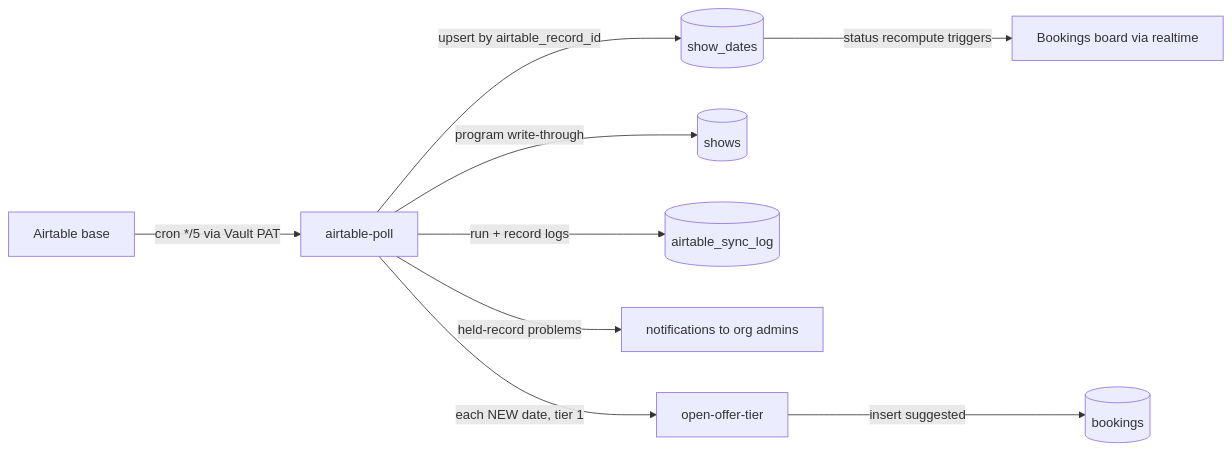
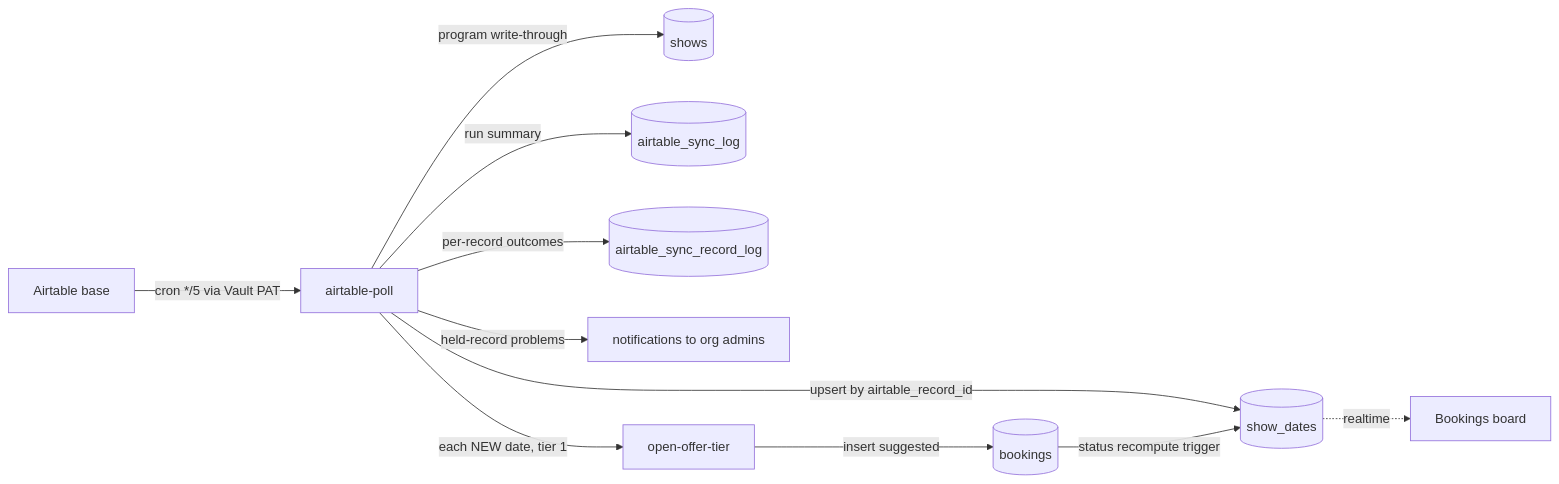
Before and after one commit to stefangth/showflow-pro: the second of 3 diagrams in docs/system-map.md, drawn with Mermaid. The commit also changed other lines of this file, not shown here.

````diff
--- a/docs/system-map.md
+++ b/docs/system-map.md
@@ -199,11 +199,13 @@
 ```mermaid
 flowchart LR
     AB[Airtable base] -->|"cron */5 via Vault PAT"| AP[airtable-poll]
     AP -->|upsert by airtable_record_id| SD[(show_dates)]
     AP -->|program write-through| SH[(shows)]
-    AP -->|run + record logs| LOG[(airtable_sync_log)]
+    AP -->|run summary| LOG[(airtable_sync_log)]
+    AP -->|per-record outcomes| RLOG[(airtable_sync_record_log)]
     AP -->|held-record problems| NA[notifications to org admins]
     AP -->|"each NEW date, tier 1"| OOT[open-offer-tier]
     OOT -->|insert suggested| BK[(bookings)]
-    SD -->|status recompute triggers| UI[Bookings board via realtime]
+    BK -->|status recompute trigger| SD
+    SD -.->|realtime| UI[Bookings board]
 ```
````
